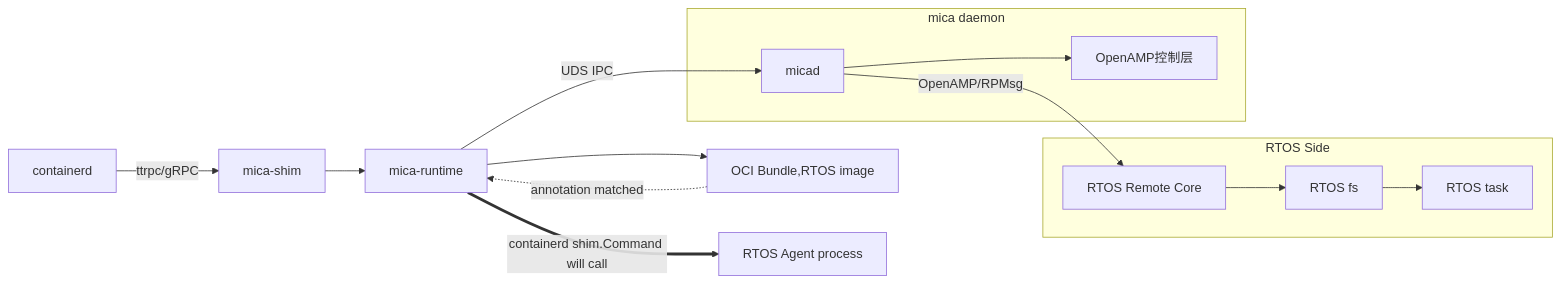
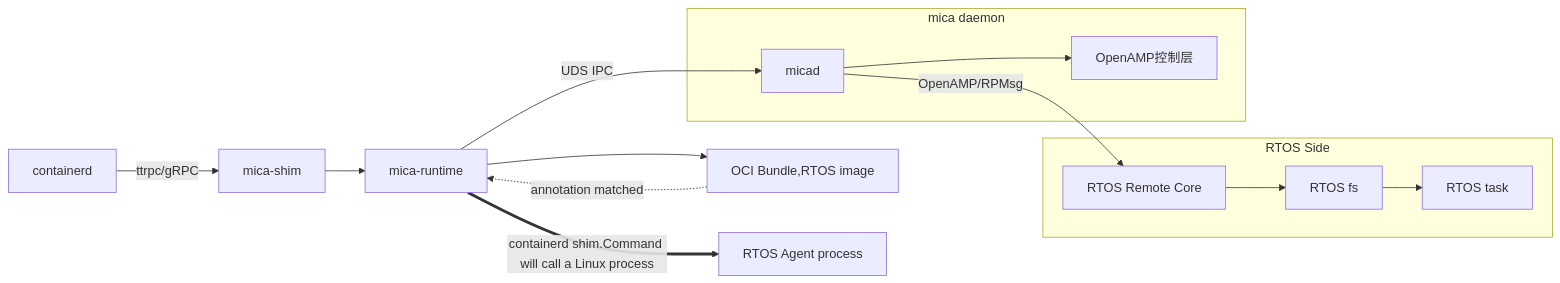
The diagram in all/未命名.md (Egg12138/iodraw-files), drawn with Mermaid before and after one commit.

Commit message:
2025-06-21 17:08:52 update

````diff
--- a/all/未命名.md
+++ b/all/未命名.md
@@ -1,19 +1,19 @@
 ```mermaid
 
 graph LR
     CD[containerd] -->|ttrpc/gRPC| S
     S[mica-shim] --> MR
     MR[mica-runtime] -->|UDS IPC| A[micad]
     MR -->C[OCI Bundle,RTOS image]
-    MR ==>|containerd shim.Command will call|AG[RTOS Agent process]
+    MR ==>|containerd shim.Command will call a Linux process|AG[RTOS Agent process]
     A -->|OpenAMP/RPMsg| B[RTOS Remote Core]
     C -.->|annotation matched| MR
     subgraph RTOS Side
         B --> D[RTOS fs] --> E
         E[RTOS task]
     end
     subgraph mica daemon
         A --> F[OpenAMP控制层]
     end
 
 ```
````
